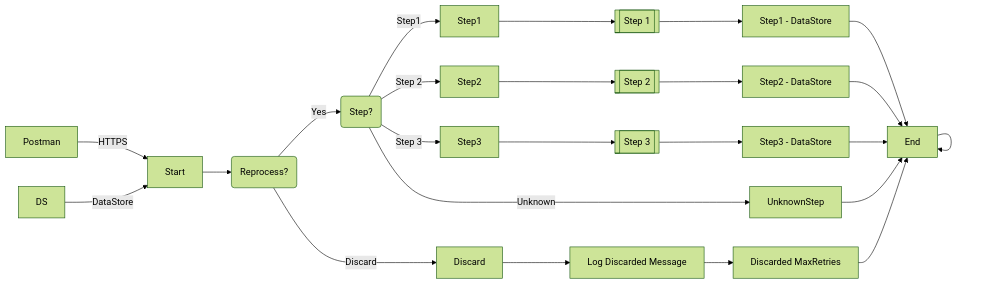
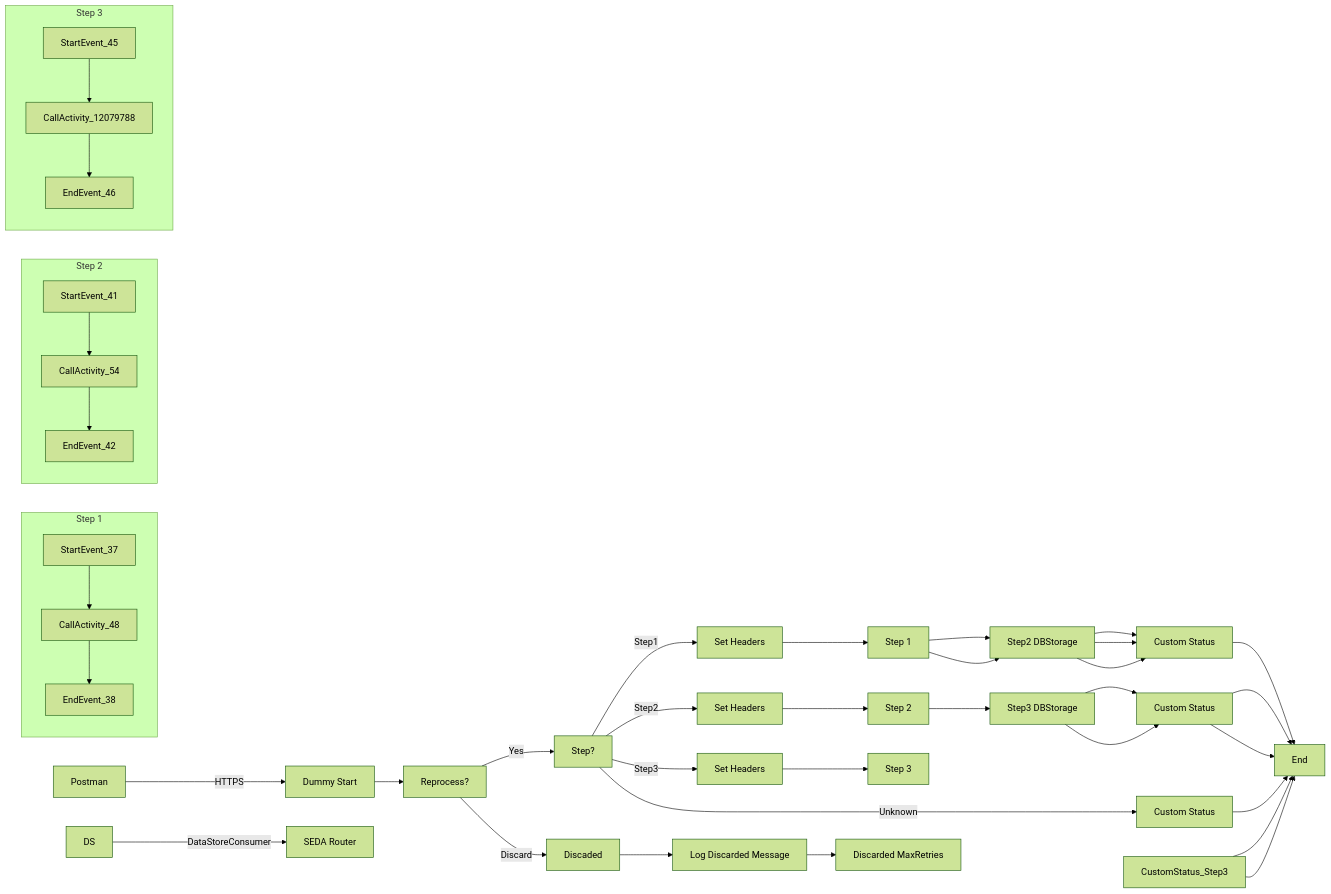
One commit to Avvale-IA-CICD/AvvaleCPI changed the diagram in MMZ - Cell Iflows/SEDA_Model_-_Single_DS_-_Restart_and_Discard_MMZ-1.0.1/readme.md. Above: the diagram before and after it, drawn with Mermaid (forest theme). The commit also changed other lines of this file, not shown here.

Commit message:
Add/update documentation for SEDA_Model_-_Single_DS_-_Restart_and_Discard_MMZ v1.0.1

````diff
--- a/MMZ - Cell Iflows/SEDA_Model_-_Single_DS_-_Restart_and_Discard_MMZ-1.0.1/readme.md
+++ b/MMZ - Cell Iflows/SEDA_Model_-_Single_DS_-_Restart_and_Discard_MMZ-1.0.1/readme.md
@@ -4,53 +4,51 @@
 ```mermaid
 graph LR
-    Postman[Postman]
-    DS[DS]
-    StartEvent[Start]
-    StepChoice(Step?)
-    Step1[Step1]
-    Step2[Step2]
-    Step3[Step3]
-    UnknownStep[UnknownStep]
-    DataStore1[Step1 - DataStore]
-    DataStore2[Step2 - DataStore]
-    DataStore3[Step3 - DataStore]
-    EndEvent[End]
-    DiscardCheck(Reprocess?)
-    Discarded[Discard]
-    LogDiscarded[Log Discarded Message]
-    EndDiscarded[Discarded MaxRetries]
-    SubProcess1[[Step 1]]
-    SubProcess2[[Step 2]]
-    SubProcess3[[Step 3]]
+    Postman -->|HTTPS| DummyStart[Dummy Start]
+    DS -->|DataStoreConsumer| SEDA_Router[SEDA Router]
+    DummyStart --> ExclusiveGateway_Reprocess[Reprocess?]
+    ExclusiveGateway_Reprocess -- Yes --> ExclusiveGateway_Step[Step?]
+    ExclusiveGateway_Reprocess -- Discard --> Discaded[Discaded]
+    Discaded --> Log_Discarded_Message[Log Discarded Message]
+    Log_Discarded_Message --> DiscardedMaxRetries[Discarded MaxRetries]
+    ExclusiveGateway_Step -- Step1 --> SetHeaders_Step1[Set Headers]
+    ExclusiveGateway_Step -- Step2 --> SetHeaders_Step2[Set Headers]
+    ExclusiveGateway_Step -- Step3 --> SetHeaders_Step3[Set Headers]
+    ExclusiveGateway_Step -- Unknown --> CustomStatus_Unknown[Custom Status]
+    SetHeaders_Step1 --> Step1[Step 1]
+    SetHeaders_Step2 --> Step2[Step 2]
+    SetHeaders_Step3 --> Step3[Step 3]
+    Step1 --> Step2_DBStorage[Step2 DBStorage]
+    Step2 --> Step3_DBStorage[Step3 DBStorage]
+    Step2_DBStorage --> CustomStatus_Step1[Custom Status]
+    Step3_DBStorage --> CustomStatus_Step2[Custom Status]
+    Step1 --> Step2_DBStorage
+    Step2_DBStorage --> CustomStatus_Step1
+    Step3_DBStorage --> CustomStatus_Step2
+    CustomStatus_Step1 --> End
+    CustomStatus_Step2 --> End
+    CustomStatus_Unknown --> End
+    CustomStatus_Step2 --> End
+    CustomStatus_Step3 --> End
+    Step2_DBStorage --> CustomStatus_Step1
+    CustomStatus_Step3 --> End
+    
+    
+    subgraph Process_36 [Step 1]
+        StartEvent_37 --> CallActivity_48
+        CallActivity_48 --> EndEvent_38
+    end
+    
+    subgraph Process_40 [Step 2]
+        StartEvent_41 --> CallActivity_54
+        CallActivity_54 --> EndEvent_42
+    end
+    
+    subgraph Process_44 [Step 3]
+        StartEvent_45 --> CallActivity_12079788
+        CallActivity_12079788 --> EndEvent_46
+    end
 
-    Postman -- HTTPS --> StartEvent
-    DS -- DataStore --> StartEvent
-    StartEvent --> DiscardCheck
+    
+    
 
-    DiscardCheck -- Yes --> StepChoice
-    DiscardCheck -- Discard --> Discarded
-    Discarded --> LogDiscarded
-    LogDiscarded --> EndDiscarded
-    
-    StepChoice -- Step1 --> Step1
-    StepChoice -- Step 2 --> Step2
-    StepChoice -- Step 3 --> Step3
-    StepChoice -- Unknown --> UnknownStep
-
-    Step1 --> SubProcess1
-    SubProcess1 --> DataStore1
-    DataStore1 --> EndEvent
-    
-    Step2 --> SubProcess2
-    SubProcess2 --> DataStore2
-    DataStore2 --> EndEvent
-    
-    Step3 --> SubProcess3
-    SubProcess3 --> DataStore3
-    DataStore3 --> EndEvent    
-    
-    UnknownStep --> EndEvent    
-
-    EndEvent --> EndEvent
-    EndDiscarded --> EndEvent    
 ```
````
